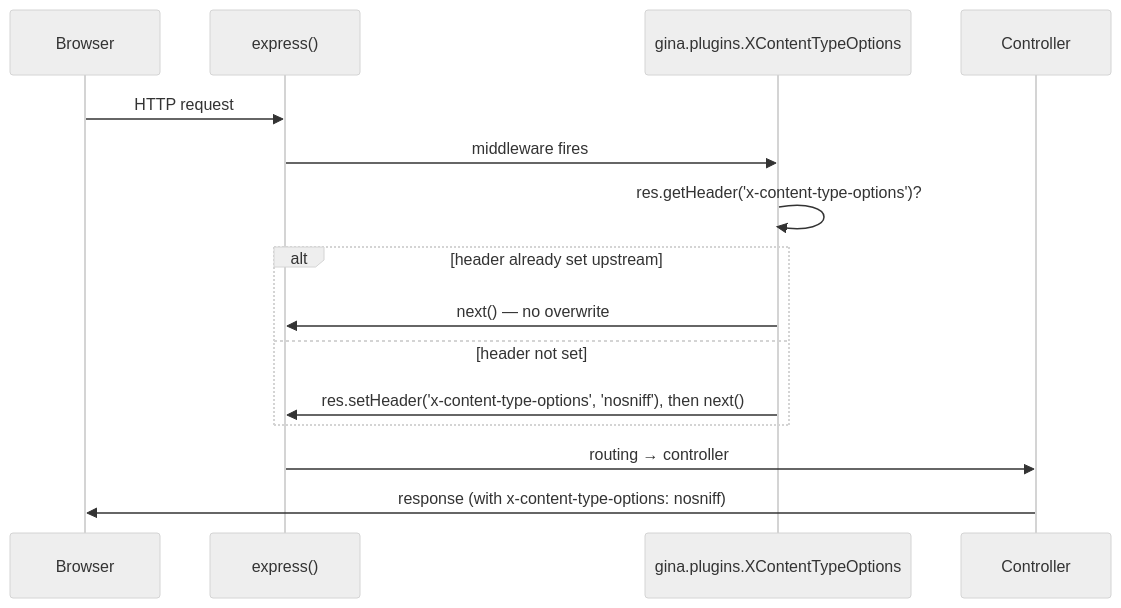
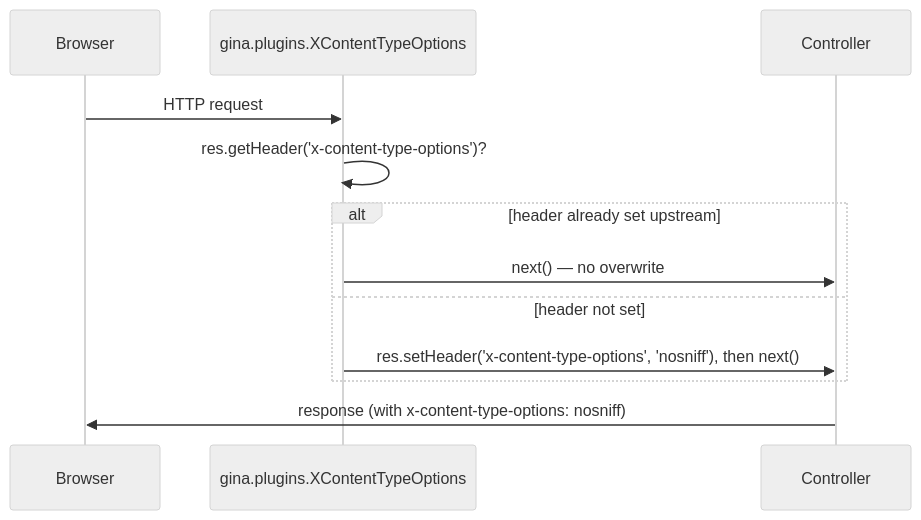
One commit to gina-io/docs changed the diagram in docs/guides/security-headers.md. Above: the diagram before and after it, drawn with Mermaid (neutral theme). The commit also changed 1 other file, not shown here.

Commit message:
Aligning security-headers + csp Mermaid diagrams to csrf.md convention — drop the express() App participant
Both diagrams had `participant App as express()` — the same standalone-Express
idiom that llms.txt #118 (2026-05-17, commit pair gina-io/gina f1dfd3b4 +
gina-io/docs d7ac9a5) corrected in prose blocks and inline JS code examples.
That sweep didn't cover Mermaid `participant` declarations because (a) the
grep target was prose patterns (`require('express')`, standalone-Express call
shape in code blocks), which doesn't match `participant App as express()`, and
(b) the canonical sibling reference csrf.md doesn't carry an App participant
in its own diagram — so cross-checking csrf.md (the #118 rule's prescribed
gate) couldn't reveal the gap.

The fix matches csrf.md's convention: arrows go Client → Plugin → Ctrl
directly, no intermediate App layer. csp.md's `Note over App,Plugin: ...`
caption becomes `Note over Plugin: ...` since App is removed.

Generalises llms.txt #118 — a corrective sweep for Express-attribution leaks
needs to cover Mermaid `participant.*express` declarations as a separate
surface from prose blocks (worth a #123 refinement to that lesson).

````diff
--- a/docs/guides/security-headers.md
+++ b/docs/guides/security-headers.md
@@ -21,18 +21,15 @@
 ```mermaid
 sequenceDiagram
     participant Client as Browser
-    participant App as express()
     participant Plugin as gina.plugins.XContentTypeOptions
     participant Ctrl as Controller
 
-    Client->>App: HTTP request
-    App->>Plugin: middleware fires
+    Client->>Plugin: HTTP request
     Plugin->>Plugin: res.getHeader('x-content-type-options')?
     alt header already set upstream
-        Plugin->>App: next() — no overwrite
+        Plugin->>Ctrl: next() — no overwrite
     else header not set
-        Plugin->>App: res.setHeader('x-content-type-options', 'nosniff'), then next()
+        Plugin->>Ctrl: res.setHeader('x-content-type-options', 'nosniff'), then next()
     end
-    App->>Ctrl: routing → controller
     Ctrl->>Client: response (with x-content-type-options: nosniff)
 ```
````
